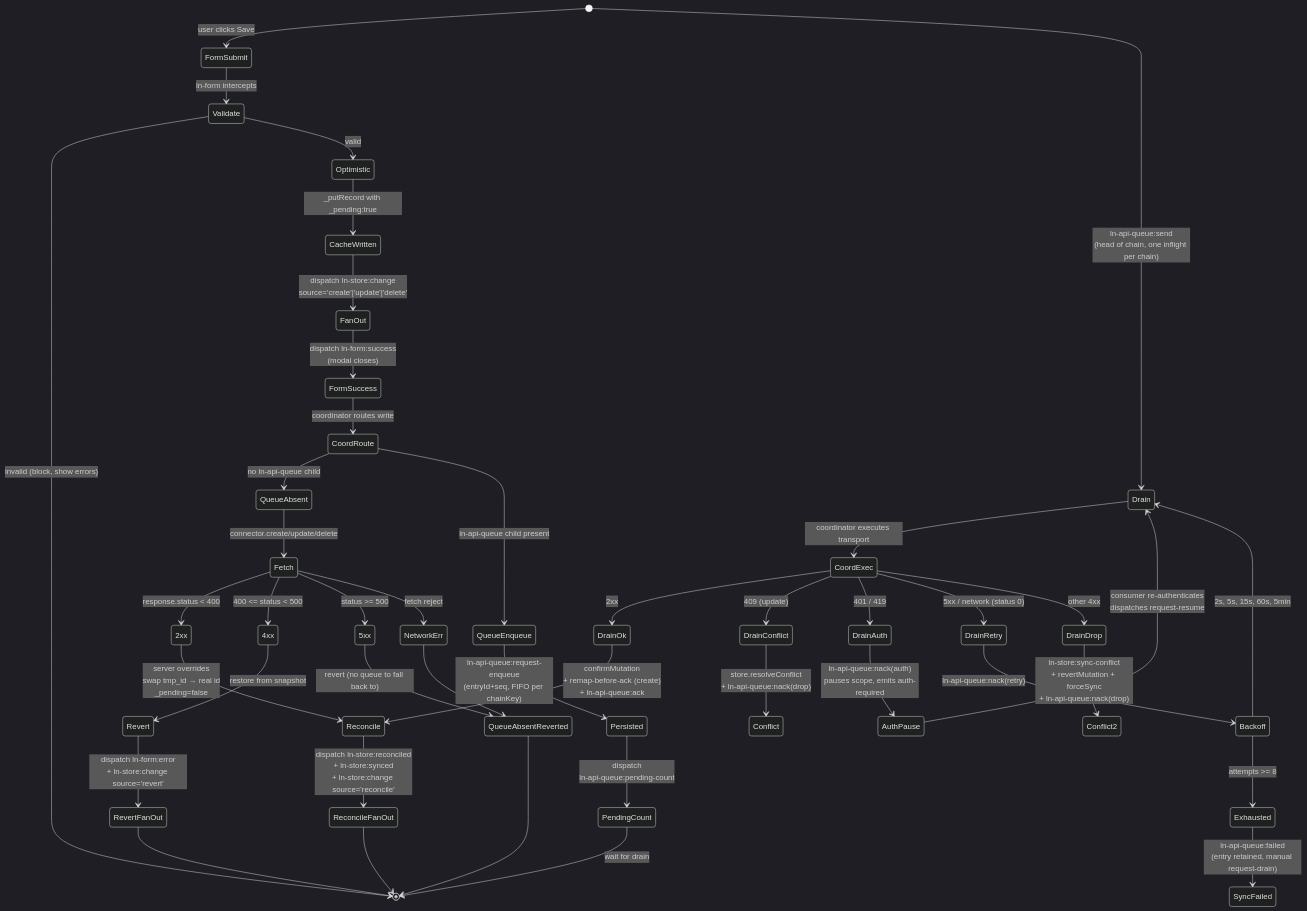
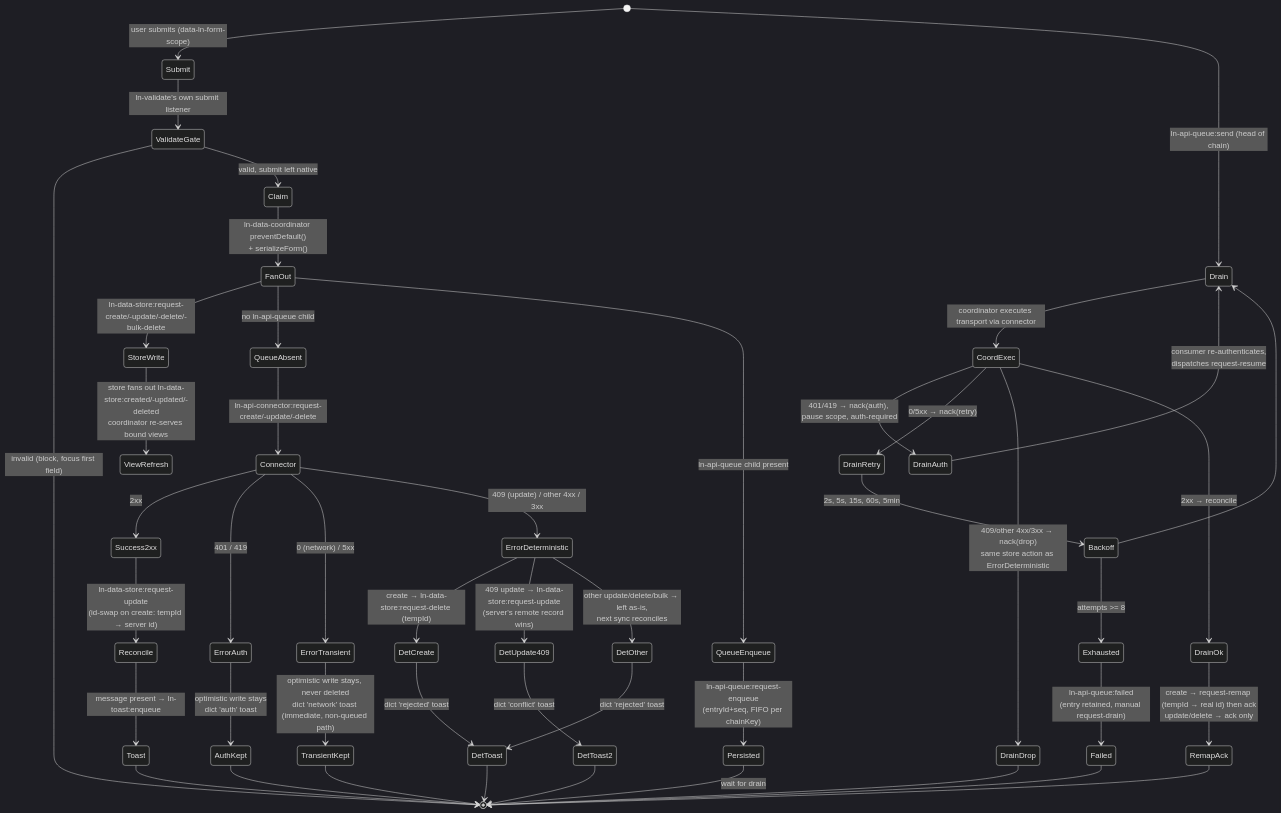
One commit to livenetworks/ln-ashlar changed the diagram in docs/architecture/data-flow.md. Above: the diagram before and after it, drawn with Mermaid (dark theme). The commit also changed other lines of this file and 58 other files, not shown here.

Commit message:
refactor(data-store): rename events to ln-data-store:* across components, demo, and docs

````diff
--- a/docs/architecture/data-flow.md
+++ b/docs/architecture/data-flow.md
@@ -122,55 +156,61 @@
 ```mermaid
 stateDiagram-v2
-    [*] --> FormSubmit: user clicks Save
-    FormSubmit --> Validate: ln-form intercepts
-    Validate --> [*]: invalid (block, show errors)
-    Validate --> Optimistic: valid
+    [*] --> Submit: user submits (data-ln-form-scope)
+    Submit --> ValidateGate: ln-validate's own submit listener
+    ValidateGate --> [*]: invalid (block, focus first field)
+    ValidateGate --> Claim: valid, submit left native
 
-    Optimistic --> CacheWritten: _putRecord with _pending:true
-    CacheWritten --> FanOut: dispatch ln-store:change<br/>source='create'|'update'|'delete'
-    FanOut --> FormSuccess: dispatch ln-form:success<br/>(modal closes)
-    FormSuccess --> CoordRoute: coordinator routes write
+    Claim --> FanOut: ln-data-coordinator preventDefault()<br/>+ serializeForm()
+    FanOut --> StoreWrite: ln-data-store:request-create/-update/-delete/-bulk-delete
+    StoreWrite --> ViewRefresh: store fans out ln-data-store:created/-updated/-deleted<br/>coordinator re-serves bound views
 
-    CoordRoute --> QueueAbsent: no ln-api-queue child
-    CoordRoute --> QueueEnqueue: ln-api-queue child present
+    FanOut --> QueueAbsent: no ln-api-queue child
+    FanOut --> QueueEnqueue: ln-api-queue child present
 
-    QueueAbsent --> Fetch: connector.create/update/delete
-    Fetch --> 2xx: response.status < 400
-    Fetch --> 4xx: 400 <= status < 500
-    Fetch --> 5xx: status >= 500
-    Fetch --> NetworkErr: fetch reject
+    QueueAbsent --> Connector: ln-api-connector:request-create/-update/-delete
+    Connector --> Success2xx: 2xx
+    Connector --> ErrorAuth: 401 / 419
+    Connector --> ErrorTransient: 0 (network) / 5xx
+    Connector --> ErrorDeterministic: 409 (update) / other 4xx / 3xx
 
-    2xx --> Reconcile: server overrides<br/>swap tmp_id → real id<br/>_pending=false
-    Reconcile --> ReconcileFanOut: dispatch ln-store:reconciled<br/>+ ln-store:synced<br/>+ ln-store:change source='reconcile'
-    ReconcileFanOut --> [*]
+    Success2xx --> Reconcile: ln-data-store:request-update<br/>(id-swap on create: tempId → server id)
+    Reconcile --> Toast: message present → ln-toast:enqueue
+    Toast --> [*]
 
-    4xx --> Revert: restore from snapshot
-    Revert --> RevertFanOut: dispatch ln-form:error<br/>+ ln-store:change source='revert'
-    RevertFanOut --> [*]
+    ErrorAuth --> AuthKept: optimistic write stays<br/>dict 'auth' toast
+    AuthKept --> [*]
 
-    5xx --> QueueAbsentReverted: revert (no queue to fall back to)
-    NetworkErr --> QueueAbsentReverted
-    QueueAbsentReverted --> [*]
+    ErrorTransient --> TransientKept: optimistic write stays, never deleted<br/>dict 'network' toast (immediate, non-queued path)
+    TransientKept --> [*]
+
+    ErrorDeterministic --> DetCreate: create → ln-data-store:request-delete (tempId)
+    ErrorDeterministic --> DetUpdate409: 409 update → ln-data-store:request-update<br/>(server's remote record wins)
+    ErrorDeterministic --> DetOther: other update/delete/bulk → left as-is,<br/>next sync reconciles
+    DetCreate --> DetToast: dict 'rejected' toast
+    DetUpdate409 --> DetToast2: dict 'conflict' toast
+    DetOther --> DetToast: dict 'rejected' toast
+    DetToast --> [*]
+    DetToast2 --> [*]
 
     QueueEnqueue --> Persisted: ln-api-queue:request-enqueue<br/>(entryId+seq, FIFO per chainKey)
-    Persisted --> PendingCount: dispatch<br/>ln-api-queue:pending-count
-    PendingCount --> [*]: wait for drain
+    Persisted --> [*]: wait for drain
 
-    [*] --> Drain: ln-api-queue:send<br/>(head of chain, one inflight per chain)
-    Drain --> CoordExec: coordinator executes transport
-    CoordExec --> DrainOk: 2xx
-    CoordExec --> DrainConflict: 409 (update)
-    CoordExec --> DrainAuth: 401 / 419
-    CoordExec --> DrainRetry: 5xx / network (status 0)
-    CoordExec --> DrainDrop: other 4xx
+    [*] --> Drain: ln-api-queue:send (head of chain)
+    Drain --> CoordExec: coordinator executes transport via connector
+    CoordExec --> DrainAuth: 401/419 → nack(auth), pause scope, auth-required
+    CoordExec --> DrainRetry: 0/5xx → nack(retry)
+    CoordExec --> DrainDrop: 409/other 4xx/3xx → nack(drop)<br/>same store action as ErrorDeterministic
+    CoordExec --> DrainOk: 2xx → reconcile
 
-    DrainOk --> Reconcile: confirmMutation<br/>+ remap-before-ack (create)<br/>+ ln-api-queue:ack
-    DrainConflict --> Conflict: store.resolveConflict<br/>+ ln-api-queue:nack(drop)
-    DrainAuth --> AuthPause: ln-api-queue:nack(auth)<br/>pauses scope, emits auth-required
-    AuthPause --> Drain: consumer re-authenticates<br/>dispatches request-resume
-    DrainDrop --> Conflict2: ln-store:sync-conflict<br/>+ revertMutation + forceSync<br/>+ ln-api-queue:nack(drop)
-    DrainRetry --> Backoff: ln-api-queue:nack(retry)
-    Backoff --> Drain: 2s, 5s, 15s, 60s, 5min
+    DrainOk --> RemapAck: create → request-remap (tempId → real id) then ack<br/>update/delete → ack only
+    RemapAck --> [*]
+
+    DrainAuth --> Drain: consumer re-authenticates,<br/>dispatches request-resume
+    DrainRetry --> Backoff: 2s, 5s, 15s, 60s, 5min
+    Backoff --> Drain
     Backoff --> Exhausted: attempts >= 8
-    Exhausted --> SyncFailed: ln-api-queue:failed<br/>(entry retained, manual request-drain)
+    Exhausted --> Failed: ln-api-queue:failed<br/>(entry retained, manual request-drain)
+    Failed --> [*]
+
+    DrainDrop --> [*]
 ```
````
